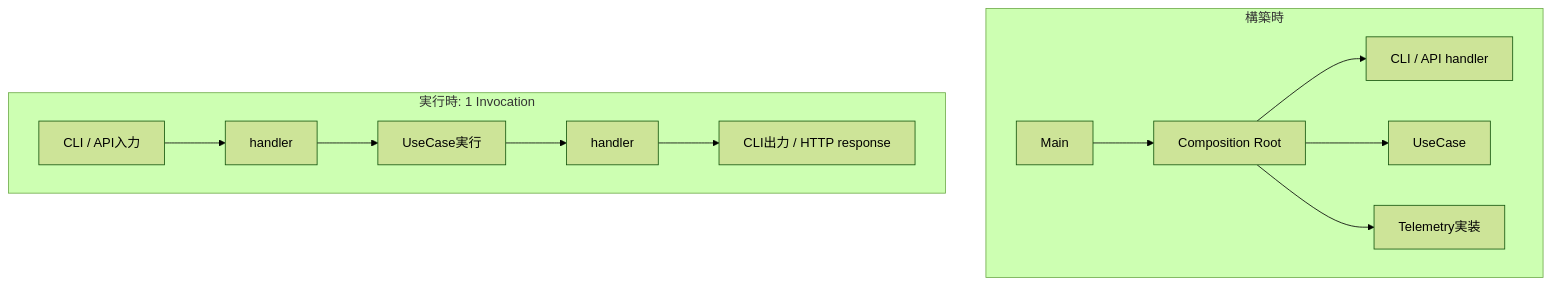
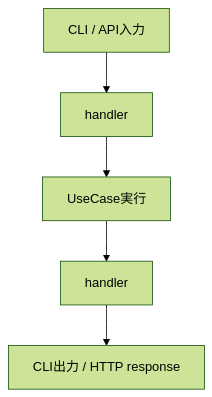
Before and after one commit to takashit16833/Workbench: the third of 3 diagrams in Notes/RAGScope/RAGScopeアプリケーション/RS-0023 Observability設計メモ.md, drawn with Mermaid (forest theme). The commit also changed other lines of this file, not shown here.

````diff
--- a/Notes/RAGScope/RAGScopeアプリケーション/RS-0023 Observability設計メモ.md
+++ b/Notes/RAGScope/RAGScopeアプリケーション/RS-0023 Observability設計メモ.md
@@ -99,16 +151,7 @@
 ```mermaid
 flowchart TB
-    subgraph BUILD["構築時"]
-        MAIN["Main"] --> CR["Composition Root"]
-        CR --> HDEF["CLI / API handler"]
-        CR --> UCDEF["UseCase"]
-        CR --> TEL["Telemetry実装"]
-    end
-
-    subgraph RUN["実行時: 1 Invocation"]
-        INPUT["CLI / API入力"] --> H1["handler"]
-        H1 --> UC["UseCase実行"]
-        UC --> H2["handler"]
-        H2 --> OUTPUT["CLI出力 / HTTP response"]
-    end
+    INPUT["CLI / API入力"] --> H1["handler"]
+    H1 --> UC["UseCase実行"]
+    UC --> H2["handler"]
+    H2 --> OUTPUT["CLI出力 / HTTP response"]
 ```
````
